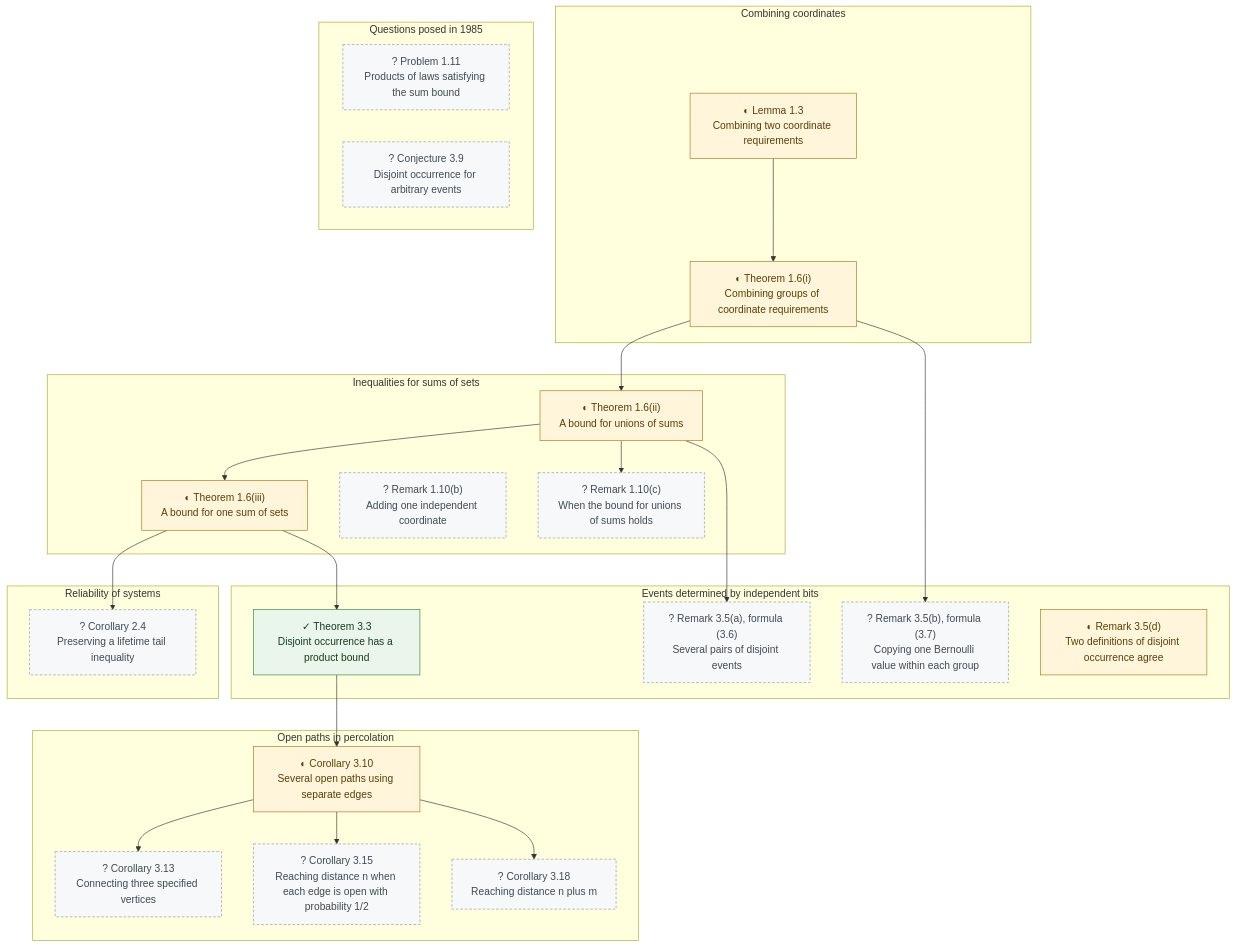
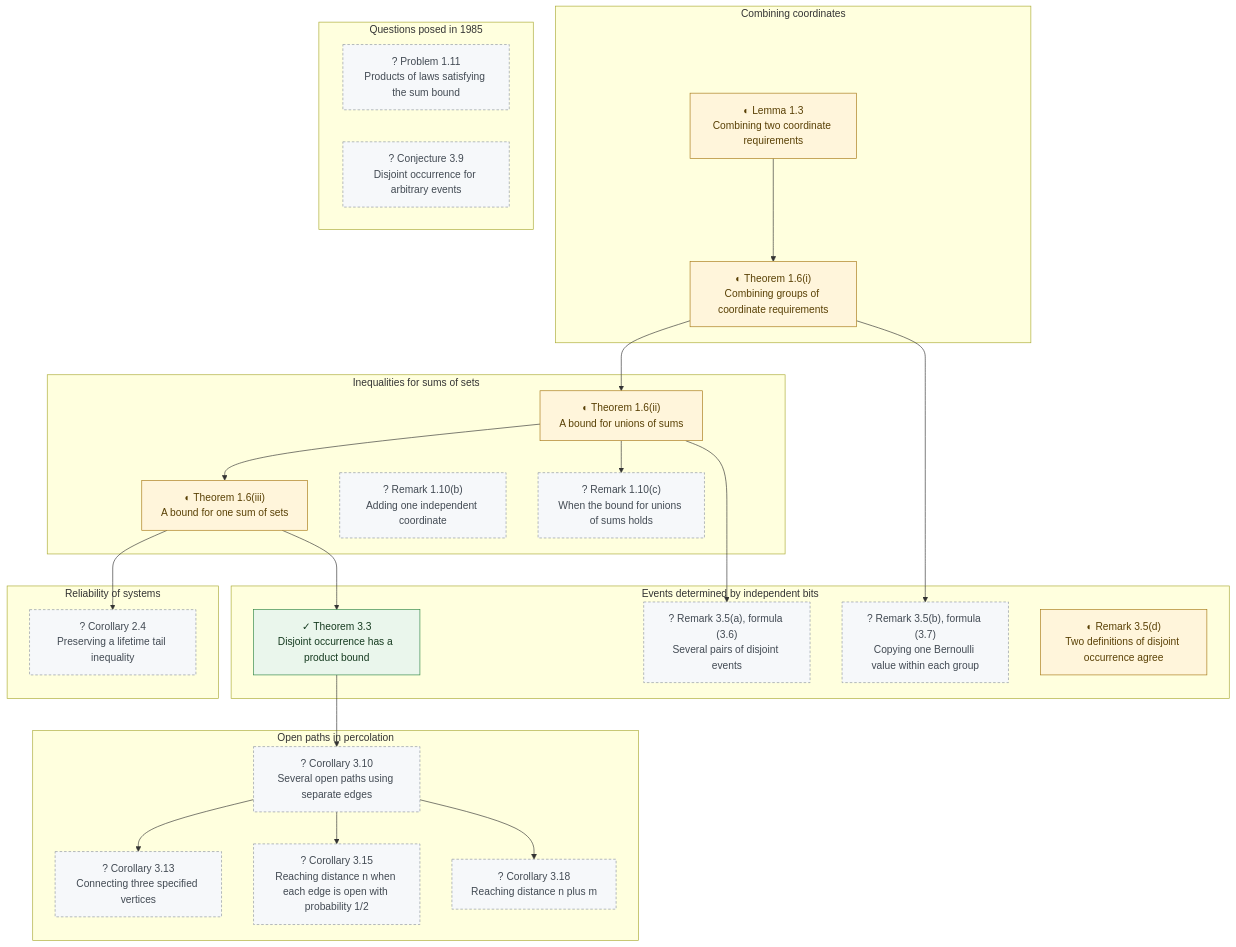
One commit to cjanjigi/LPP changed the diagram in docs/graphs/paper-results/bk-1985.md. Above: the diagram before and after it, drawn with Mermaid. The commit also changed other lines of this file and 18 other files, not shown here.

````diff
--- a/docs/graphs/paper-results/bk-1985.md
+++ b/docs/graphs/paper-results/bk-1985.md
@@ -13,65 +13,65 @@
 ```mermaid
 flowchart TD
   subgraph S0["Combining coordinates"]
     R0["◐ Lemma 1.3<br/>Combining two coordinate requirements"]
     R1["◐ Theorem 1.6(i)<br/>Combining groups of coordinate requirements"]
   end
   subgraph S1["Inequalities for sums of sets"]
     R2["◐ Theorem 1.6(ii)<br/>A bound for unions of sums"]
     R3["◐ Theorem 1.6(iii)<br/>A bound for one sum of sets"]
     R10["? Remark 1.10(b)<br/>Adding one independent coordinate"]
     R11["? Remark 1.10(c)<br/>When the bound for unions of sums holds"]
   end
   subgraph S2["Reliability of systems"]
     R4["? Corollary 2.4<br/>Preserving a lifetime tail inequality"]
   end
   subgraph S3["Events determined by independent bits"]
     R5["✓ Theorem 3.3<br/>Disjoint occurrence has a product bound"]
     R12["? Remark 3.5(a), formula (3.6)<br/>Several pairs of disjoint events"]
     R13["? Remark 3.5(b), formula (3.7)<br/>Copying one Bernoulli value within each group"]
     R14["◐ Remark 3.5(d)<br/>Two definitions of disjoint occurrence agree"]
   end
   subgraph S4["Open paths in percolation"]
-    R6["◐ Corollary 3.10<br/>Several open paths using separate edges"]
+    R6["? Corollary 3.10<br/>Several open paths using separate edges"]
     R7["? Corollary 3.13<br/>Connecting three specified vertices"]
     R8["? Corollary 3.15<br/>Reaching distance n when each edge is open with probability 1/2"]
     R9["? Corollary 3.18<br/>Reaching distance n plus m"]
   end
   subgraph S5["Questions posed in 1985"]
     R15["? Problem 1.11<br/>Products of laws satisfying the sum bound"]
     R16["? Conjecture 3.9<br/>Disjoint occurrence for arbitrary events"]
   end
   R0 --> R1
   R1 --> R2
   R2 --> R3
   R3 --> R4
   R3 --> R5
   R5 --> R6
   R6 --> R7
   R6 --> R8
   R6 --> R9
   R2 --> R11
   R2 --> R12
   R1 --> R13
   classDef certified fill:#eaf6ec,stroke:#2d8544,color:#163b20
   classDef restricted fill:#fff5db,stroke:#a77815,color:#594005
   classDef not_assessed fill:#f6f8fa,stroke:#8c959f,stroke-dasharray:4 3,color:#424a53
   classDef not_in_release fill:#fff,stroke:#8c959f,color:#59636e
   class R0 restricted
   class R1 restricted
   class R2 restricted
   class R3 restricted
   class R4 not_assessed
   class R5 certified
-  class R6 restricted
+  class R6 not_assessed
   class R7 not_assessed
   class R8 not_assessed
   class R9 not_assessed
   class R10 not_assessed
   class R11 not_assessed
   class R12 not_assessed
   class R13 not_assessed
   class R14 restricted
   class R15 not_assessed
   class R16 not_assessed
 ```
````
